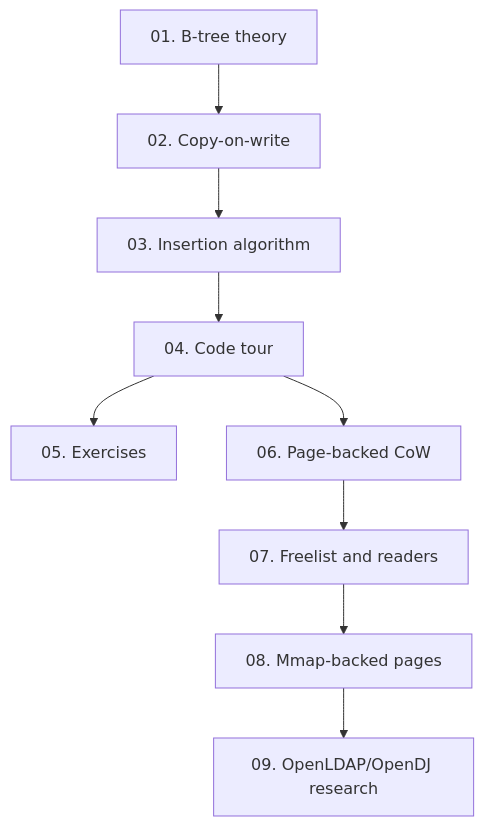
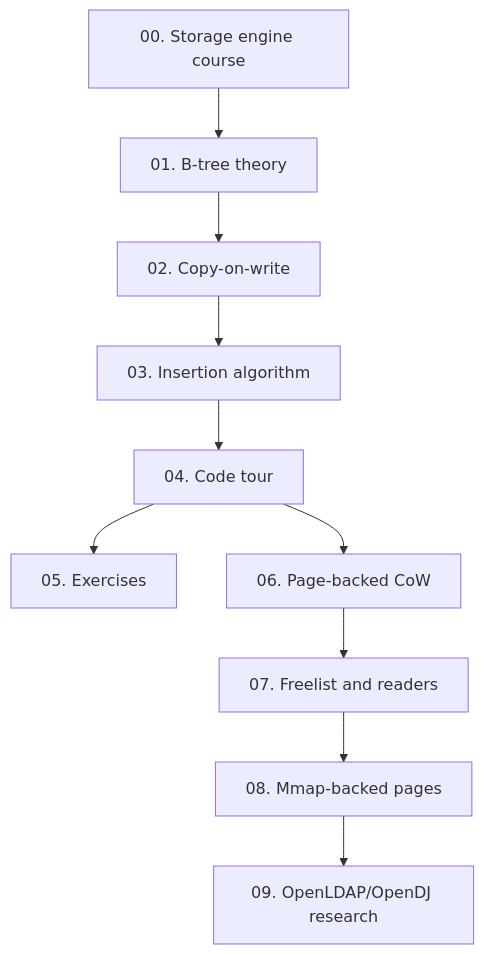
Before and after one commit to hadamrd/cow-btree-course: the diagram in docs/index.md, drawn with Mermaid. The commit also changed other lines of this file and 2 other files, not shown here.

Commit message:
docs: add storage engine course

````diff
--- a/docs/index.md
+++ b/docs/index.md
@@ -19,11 +21,12 @@
 ```mermaid
 flowchart TD
-    A["01. B-tree theory"] --> B["02. Copy-on-write"]
+    Z["00. Storage engine course"] --> A["01. B-tree theory"]
+    A --> B["02. Copy-on-write"]
     B --> C["03. Insertion algorithm"]
     C --> D["04. Code tour"]
     D --> E["05. Exercises"]
     D --> F["06. Page-backed CoW"]
     F --> G["07. Freelist and readers"]
     G --> H["08. Mmap-backed pages"]
     H --> I["09. OpenLDAP/OpenDJ research"]
 ```
````
